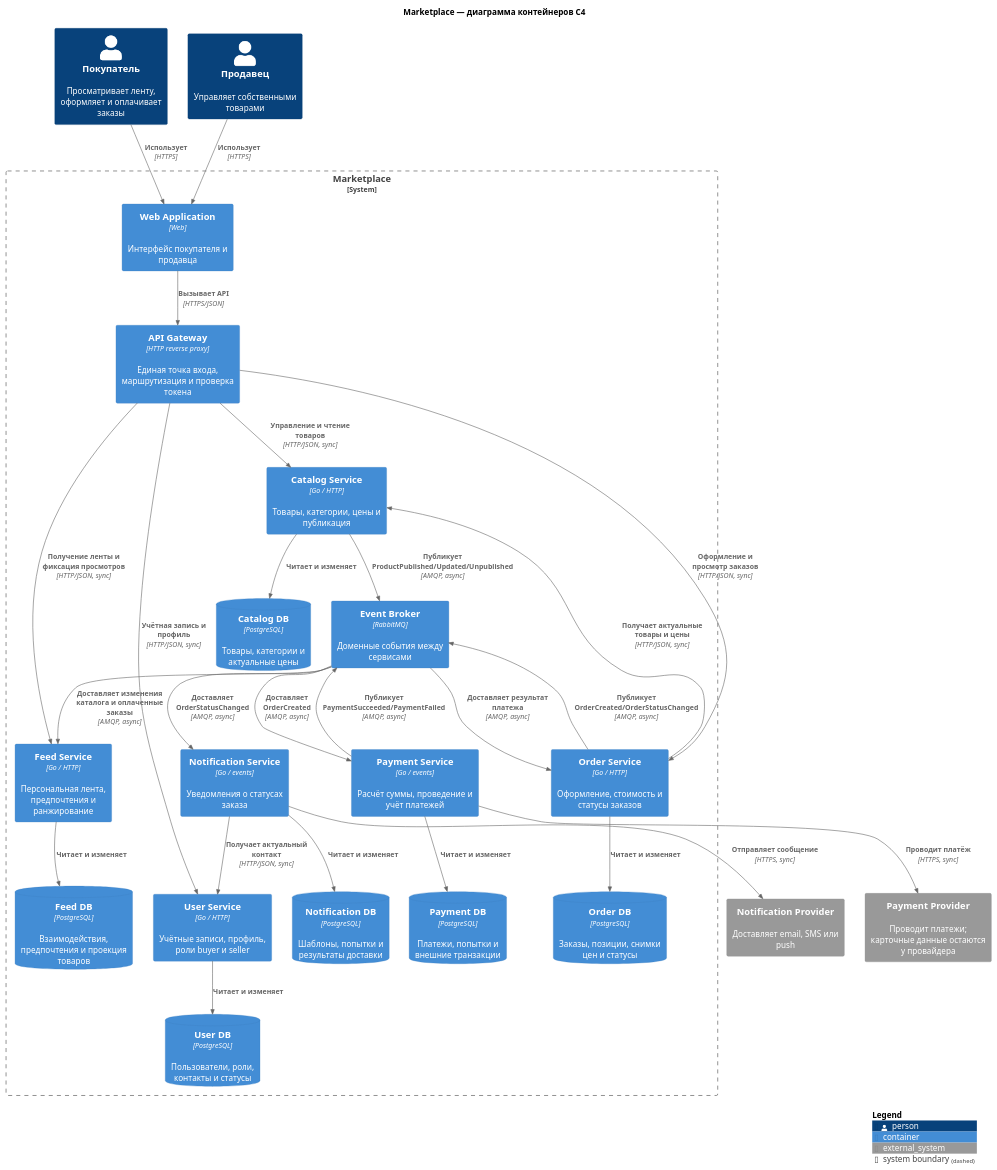
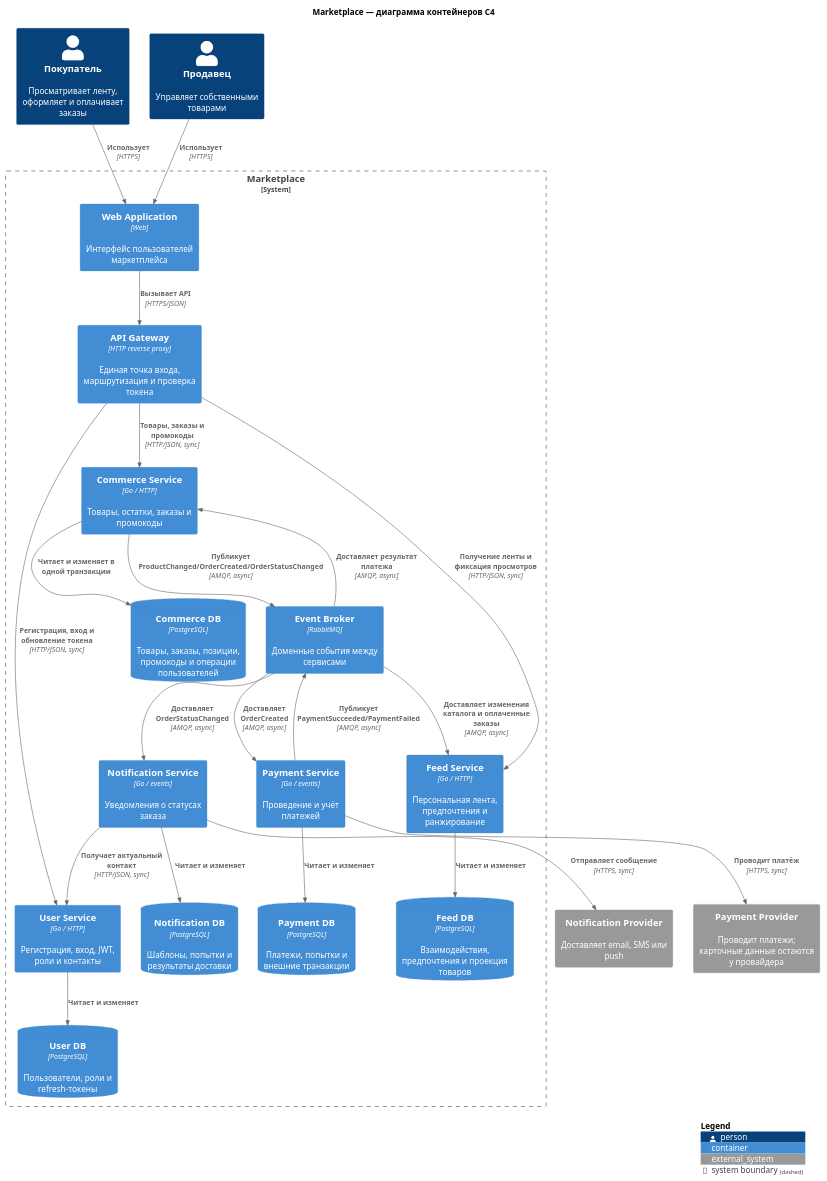
Before and after one commit to bibihoya/marketplace: the diagram in docs/architecture/c4-container.puml, drawn with PlantUML. The commit also changed 13 other files, not shown here.

Commit message:
Define commerce architecture and API contract

```diff
--- a/docs/architecture/c4-container.puml
+++ b/docs/architecture/c4-container.puml
@@ -1,67 +1,60 @@
 @startuml
 !include <C4/C4_Container>
 
 title Marketplace — диаграмма контейнеров C4
 
 Person(buyer, "Покупатель", "Просматривает ленту, оформляет и оплачивает заказы")
 Person(seller, "Продавец", "Управляет собственными товарами")
 
 System_Ext(payment_provider, "Payment Provider", "Проводит платежи; карточные данные остаются у провайдера")
 System_Ext(notification_provider, "Notification Provider", "Доставляет email, SMS или push")
 
 System_Boundary(marketplace, "Marketplace") {
-    Container(web, "Web Application", "Web", "Интерфейс покупателя и продавца")
+    Container(web, "Web Application", "Web", "Интерфейс пользователей маркетплейса")
     Container(gateway, "API Gateway", "HTTP reverse proxy", "Единая точка входа, маршрутизация и проверка токена")
 
-    Container(user_service, "User Service", "Go / HTTP", "Учётные записи, профиль, роли buyer и seller")
-    ContainerDb(user_db, "User DB", "PostgreSQL", "Пользователи, роли, контакты и статусы")
+    Container(user_service, "User Service", "Go / HTTP", "Регистрация, вход, JWT, роли и контакты")
+    ContainerDb(user_db, "User DB", "PostgreSQL", "Пользователи, роли и refresh-токены")
 
-    Container(catalog_service, "Catalog Service", "Go / HTTP", "Товары, категории, цены и публикация")
-    ContainerDb(catalog_db, "Catalog DB", "PostgreSQL", "Товары, категории и актуальные цены")
+    Container(commerce_service, "Commerce Service", "Go / HTTP", "Товары, остатки, заказы и промокоды")
+    ContainerDb(commerce_db, "Commerce DB", "PostgreSQL", "Товары, заказы, позиции, промокоды и операции пользователей")
 
     Container(feed_service, "Feed Service", "Go / HTTP", "Персональная лента, предпочтения и ранжирование")
     ContainerDb(feed_db, "Feed DB", "PostgreSQL", "Взаимодействия, предпочтения и проекция товаров")
 
-    Container(order_service, "Order Service", "Go / HTTP", "Оформление, стоимость и статусы заказов")
-    ContainerDb(order_db, "Order DB", "PostgreSQL", "Заказы, позиции, снимки цен и статусы")
-
-    Container(payment_service, "Payment Service", "Go / events", "Расчёт суммы, проведение и учёт платежей")
+    Container(payment_service, "Payment Service", "Go / events", "Проведение и учёт платежей")
     ContainerDb(payment_db, "Payment DB", "PostgreSQL", "Платежи, попытки и внешние транзакции")
 
     Container(notification_service, "Notification Service", "Go / events", "Уведомления о статусах заказа")
     ContainerDb(notification_db, "Notification DB", "PostgreSQL", "Шаблоны, попытки и результаты доставки")
 
     Container(broker, "Event Broker", "RabbitMQ", "Доменные события между сервисами")
 }
 
 Rel(buyer, web, "Использует", "HTTPS")
 Rel(seller, web, "Использует", "HTTPS")
 Rel(web, gateway, "Вызывает API", "HTTPS/JSON")
 
-Rel(gateway, user_service, "Учётная запись и профиль", "HTTP/JSON, sync")
-Rel(gateway, catalog_service, "Управление и чтение товаров", "HTTP/JSON, sync")
+Rel(gateway, user_service, "Регистрация, вход и обновление токена", "HTTP/JSON, sync")
+Rel(gateway, commerce_service, "Товары, заказы и промокоды", "HTTP/JSON, sync")
 Rel(gateway, feed_service, "Получение ленты и фиксация просмотров", "HTTP/JSON, sync")
-Rel(gateway, order_service, "Оформление и просмотр заказов", "HTTP/JSON, sync")
 
 Rel(user_service, user_db, "Читает и изменяет")
-Rel(catalog_service, catalog_db, "Читает и изменяет")
+Rel(commerce_service, commerce_db, "Читает и изменяет в одной транзакции")
 Rel(feed_service, feed_db, "Читает и изменяет")
-Rel(order_service, order_db, "Читает и изменяет")
 Rel(payment_service, payment_db, "Читает и изменяет")
 Rel(notification_service, notification_db, "Читает и изменяет")
 
-Rel(order_service, catalog_service, "Получает актуальные товары и цены", "HTTP/JSON, sync")
-Rel(catalog_service, broker, "Публикует ProductPublished/Updated/Unpublished", "AMQP, async")
-Rel(order_service, broker, "Публикует OrderCreated/OrderStatusChanged", "AMQP, async")
+Rel(commerce_service, broker, "Публикует ProductChanged/OrderCreated/OrderStatusChanged", "AMQP, async")
 Rel(payment_service, broker, "Публикует PaymentSucceeded/PaymentFailed", "AMQP, async")
 Rel(broker, feed_service, "Доставляет изменения каталога и оплаченные заказы", "AMQP, async")
 Rel(broker, payment_service, "Доставляет OrderCreated", "AMQP, async")
-Rel(broker, order_service, "Доставляет результат платежа", "AMQP, async")
+Rel(broker, commerce_service, "Доставляет результат платежа", "AMQP, async")
 Rel(broker, notification_service, "Доставляет OrderStatusChanged", "AMQP, async")
 
 Rel(payment_service, payment_provider, "Проводит платёж", "HTTPS, sync")
 Rel(notification_service, user_service, "Получает актуальный контакт", "HTTP/JSON, sync")
 Rel(notification_service, notification_provider, "Отправляет сообщение", "HTTPS, sync")
 
 SHOW_LEGEND()
 @enduml
```
